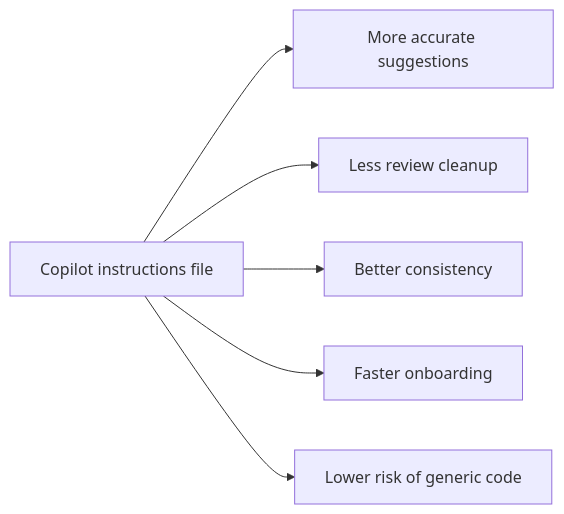
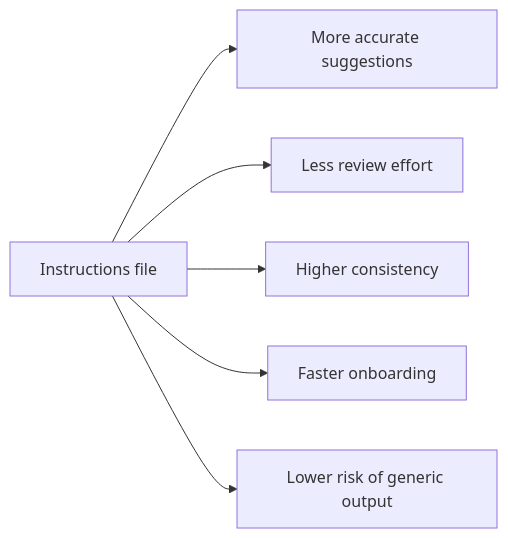
One commit to buddolla1/skills changed the second of 4 diagrams in github/copilot-instructions-guide.md. Above: the diagram before and after it, drawn with Mermaid. The commit also changed other lines of this file, not shown here.

````diff
--- a/github/copilot-instructions-guide.md
+++ b/github/copilot-instructions-guide.md
@@ -72,8 +70,8 @@
 ```mermaid
 flowchart LR
-    A[Copilot instructions file] --> B[More accurate suggestions]
-    A --> C[Less review cleanup]
-    A --> D[Better consistency]
+    A[Instructions file] --> B[More accurate suggestions]
+    A --> C[Less review effort]
+    A --> D[Higher consistency]
     A --> E[Faster onboarding]
-    A --> F[Lower risk of generic code]
+    A --> F[Lower risk of generic output]
 ```
````
